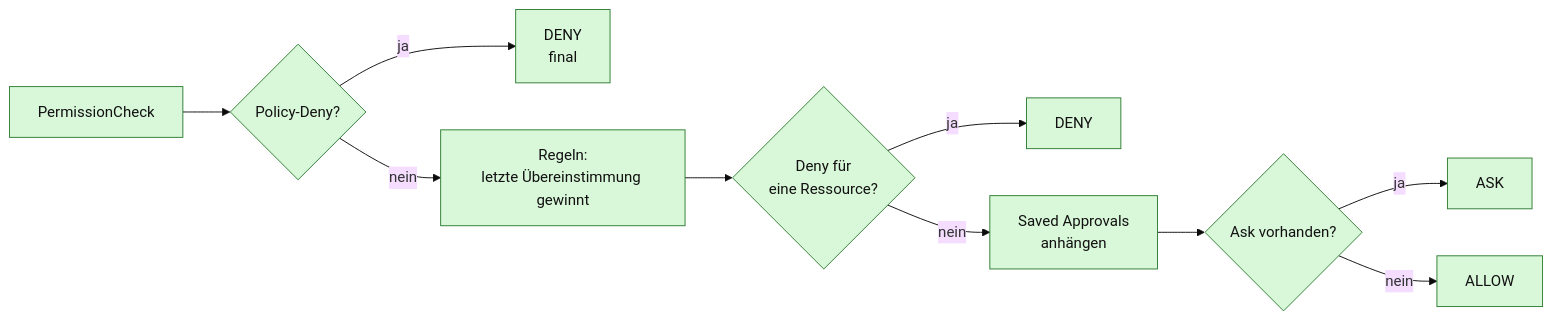
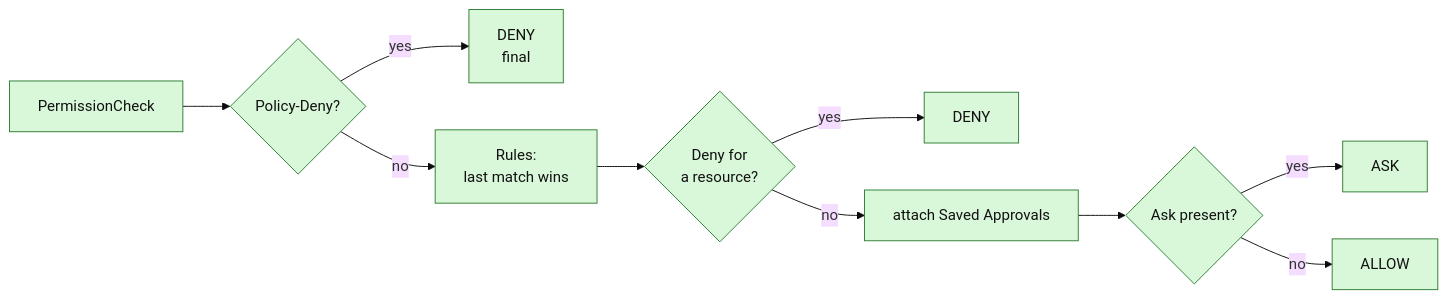
The second of 2 diagrams in docs/diagrams/07-tool-permission-chain.md (augmentia-de/QOC), drawn with Mermaid (base theme) before and after one commit. The commit also changed other lines of this file and 71 other files, not shown here.

````diff
--- a/docs/diagrams/07-tool-permission-chain.md
+++ b/docs/diagrams/07-tool-permission-chain.md
@@ -54,14 +54,14 @@
 ```mermaid
 flowchart LR
   Check["PermissionCheck"]:::det --> Policy{"Policy-Deny?"}:::det
-  Policy -->|"ja"| Deny1["DENY<br/>final"]:::det
-  Policy -->|"nein"| Rules["Regeln:<br/>letzte Übereinstimmung gewinnt"]:::det
-  Rules --> DenyPre{"Deny für<br/>eine Ressource?"}:::det
-  DenyPre -->|"ja"| Deny2["DENY"]:::det
-  DenyPre -->|"nein"| Saved["Saved Approvals<br/>anhängen"]:::det
-  Saved --> AskCheck{"Ask vorhanden?"}:::det
-  AskCheck -->|"ja"| Ask["ASK"]:::det
-  AskCheck -->|"nein"| Allow["ALLOW"]:::det
+  Policy -->|"yes"| Deny1["DENY<br/>final"]:::det
+  Policy -->|"no"| Rules["Rules:<br/>last match wins"]:::det
+  Rules --> DenyPre{"Deny for<br/>a resource?"}:::det
+  DenyPre -->|"yes"| Deny2["DENY"]:::det
+  DenyPre -->|"no"| Saved["attach Saved Approvals"]:::det
+  Saved --> AskCheck{"Ask present?"}:::det
+  AskCheck -->|"yes"| Ask["ASK"]:::det
+  AskCheck -->|"no"| Allow["ALLOW"]:::det
 
   classDef det fill:#d9f7d9,stroke:#2e7d32,stroke-width:1px,color:#111;
 ```
````
